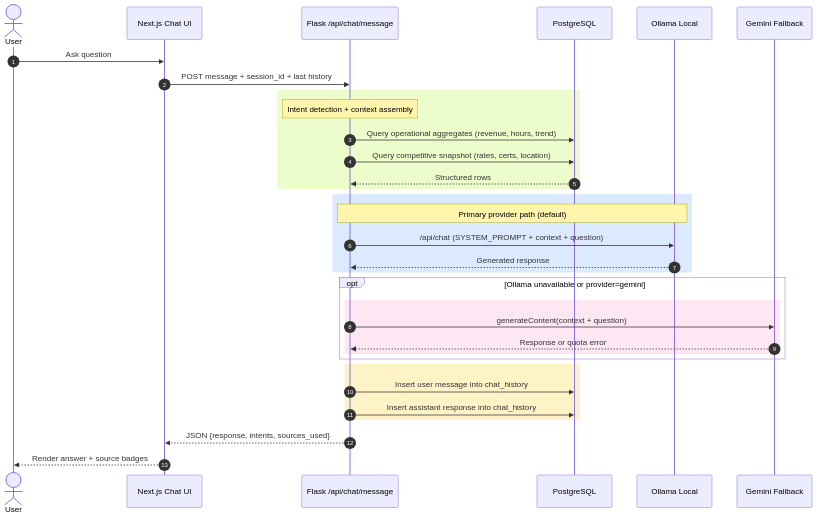
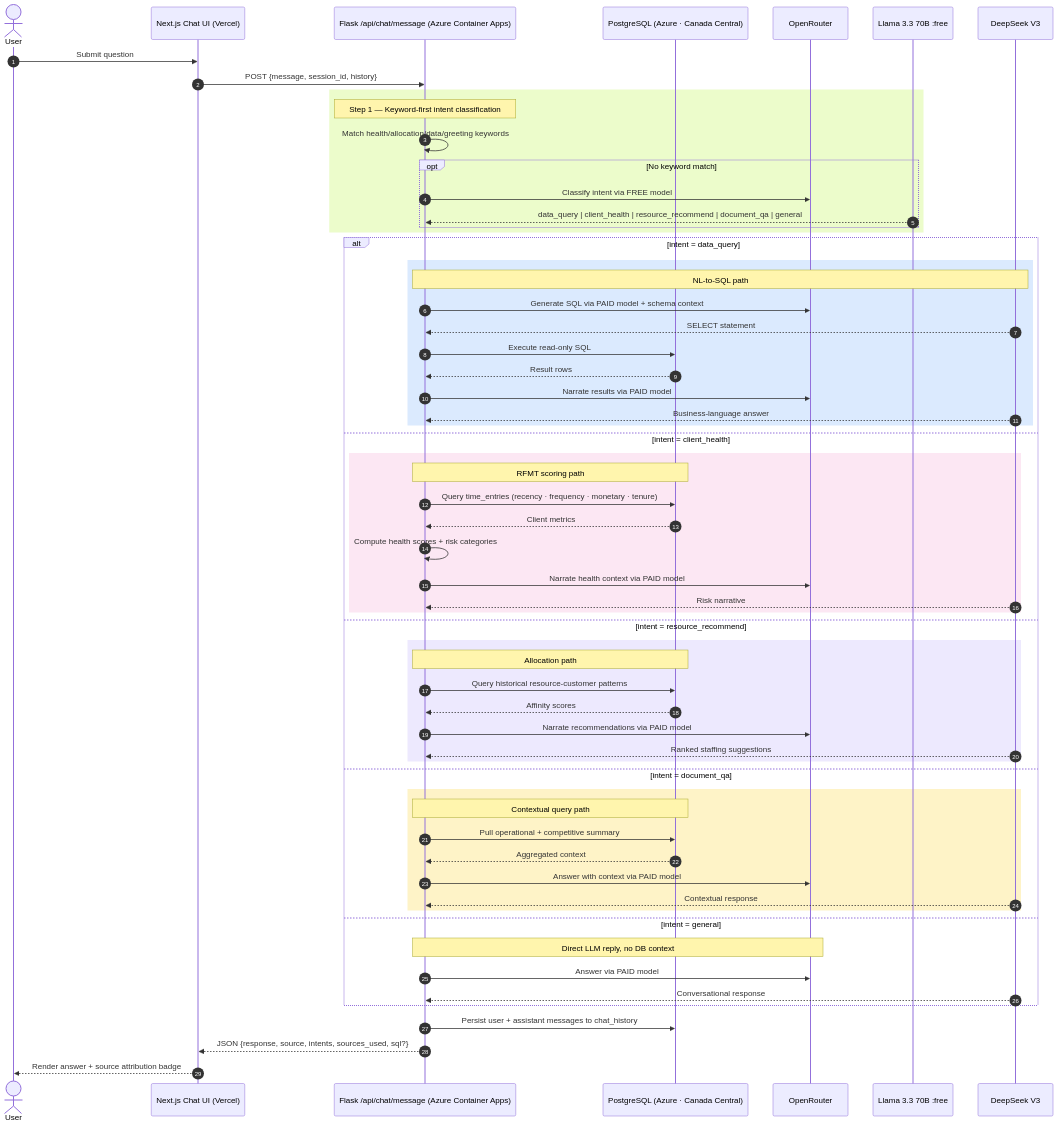
One commit to lawrence-dass/steeves-and-associates changed the diagram in docs/diagrams/05-chat-lifecycle.md. Above: the diagram before and after it, drawn with Mermaid. The commit also changed 5 other files, not shown here.

First line of the commit message:
docs: update all diagrams to reflect live deployment

````diff
--- a/docs/diagrams/05-chat-lifecycle.md
+++ b/docs/diagrams/05-chat-lifecycle.md
@@ -3,41 +3,72 @@
 ```mermaid
 sequenceDiagram
   autonumber
   actor U as User
-  participant UI as Next.js Chat UI
-  participant API as Flask /api/chat/message
-  participant DB as PostgreSQL
-  participant O as Ollama Local
-  participant G as Gemini Fallback
+  participant UI as Next.js Chat UI (Vercel)
+  participant API as Flask /api/chat/message (Azure Container Apps)
+  participant DB as PostgreSQL (Azure · Canada Central)
+  participant OR as OpenRouter
+  participant FREE as Llama 3.3 70B :free
+  participant PAID as DeepSeek V3
 
-  U->>UI: Ask question
-  UI->>API: POST message + session_id + last history
+  U->>UI: Submit question
+  UI->>API: POST {message, session_id, history}
 
   rect rgb(236, 252, 203)
-    Note over API: Intent detection + context assembly
-    API->>DB: Query operational aggregates (revenue, hours, trend)
-    API->>DB: Query competitive snapshot (rates, certs, location)
-    DB-->>API: Structured rows
-  end
-
-  rect rgb(219, 234, 254)
-    Note over API,O: Primary provider path (default)
-    API->>O: /api/chat (SYSTEM_PROMPT + context + question)
-    O-->>API: Generated response
-  end
-
-  opt Ollama unavailable or provider=gemini
-    rect rgb(252, 231, 243)
-      API->>G: generateContent(context + question)
-      G-->>API: Response or quota error
+    Note over API: Step 1 — Keyword-first intent classification
+    API->>API: Match health/allocation/data/greeting keywords
+    opt No keyword match
+      API->>OR: Classify intent via FREE model
+      FREE-->>API: data_query | client_health | resource_recommend | document_qa | general
     end
   end
 
-  rect rgb(254, 243, 199)
-    API->>DB: Insert user message into chat_history
-    API->>DB: Insert assistant response into chat_history
+  alt intent = data_query
+    rect rgb(219, 234, 254)
+      Note over API,PAID: NL-to-SQL path
+      API->>OR: Generate SQL via PAID model + schema context
+      PAID-->>API: SELECT statement
+      API->>DB: Execute read-only SQL
+      DB-->>API: Result rows
+      API->>OR: Narrate results via PAID model
+      PAID-->>API: Business-language answer
+    end
+
+  else intent = client_health
+    rect rgb(252, 231, 243)
+      Note over API,DB: RFMT scoring path
+      API->>DB: Query time_entries (recency · frequency · monetary · tenure)
+      DB-->>API: Client metrics
+      API->>API: Compute health scores + risk categories
+      API->>OR: Narrate health context via PAID model
+      PAID-->>API: Risk narrative
+    end
+
+  else intent = resource_recommend
+    rect rgb(237, 233, 254)
+      Note over API,DB: Allocation path
+      API->>DB: Query historical resource-customer patterns
+      DB-->>API: Affinity scores
+      API->>OR: Narrate recommendations via PAID model
+      PAID-->>API: Ranked staffing suggestions
+    end
+
+  else intent = document_qa
+    rect rgb(254, 243, 199)
+      Note over API,DB: Contextual query path
+      API->>DB: Pull operational + competitive summary
+      DB-->>API: Aggregated context
+      API->>OR: Answer with context via PAID model
+      PAID-->>API: Contextual response
+    end
+
+  else intent = general
+    Note over API,OR: Direct LLM reply, no DB context
+    API->>OR: Answer via PAID model
+    PAID-->>API: Conversational response
   end
 
-  API-->>UI: JSON {response, intents, sources_used}
-  UI-->>U: Render answer + source badges
+  API->>DB: Persist user + assistant messages to chat_history
+  API-->>UI: JSON {response, source, intents, sources_used, sql?}
+  UI-->>U: Render answer + source attribution badge
 ```
````
